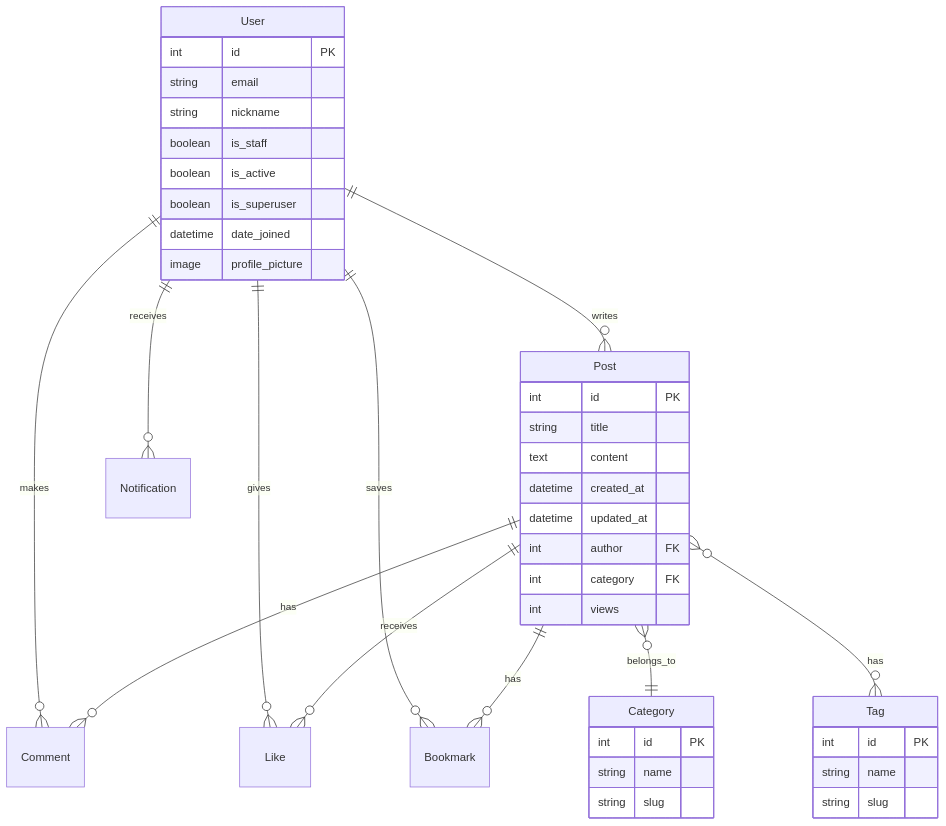
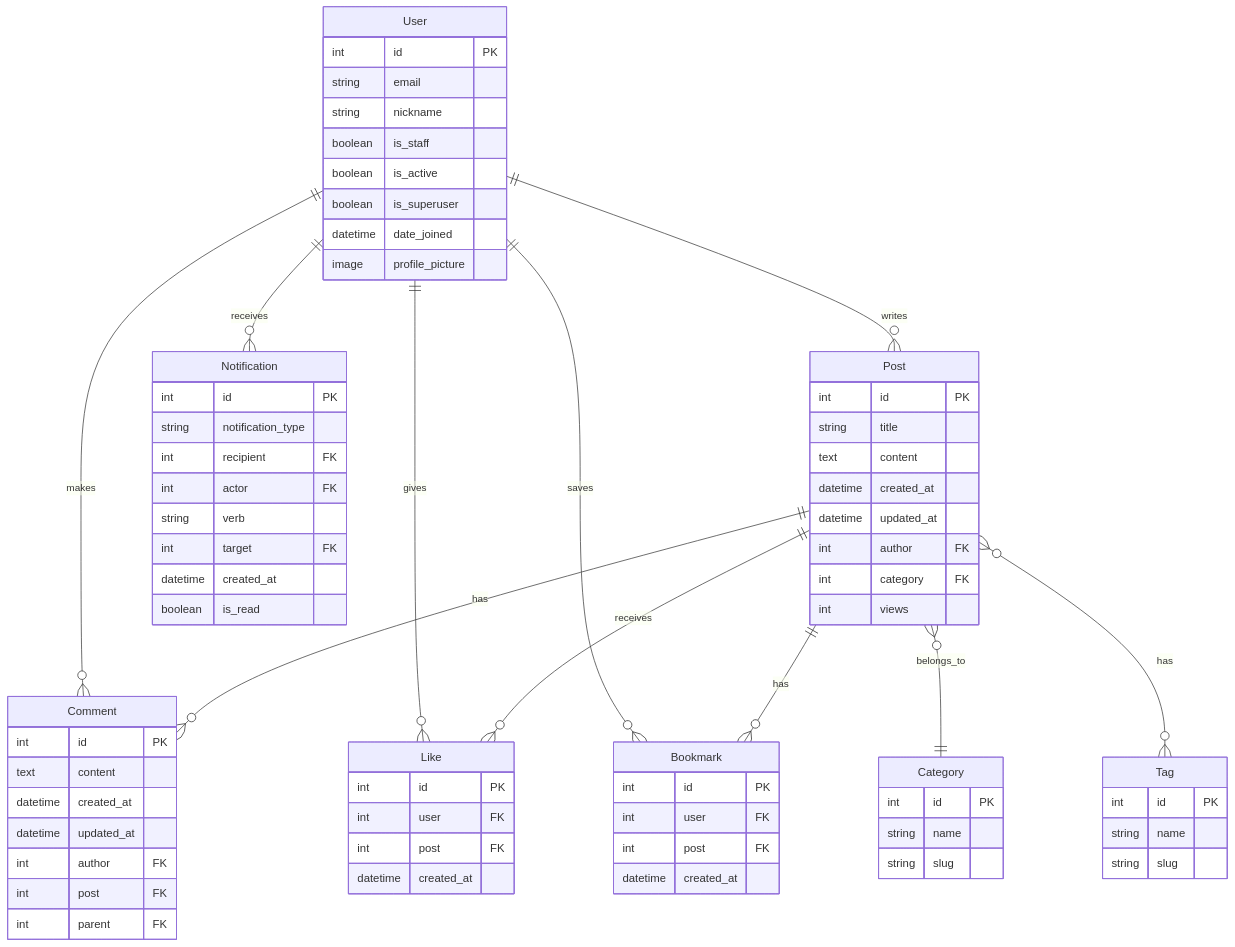
One commit to Yoo117/Practice-Repository changed the second of 2 diagrams in README.md. Above: the diagram before and after it, drawn with Mermaid. The commit also changed other lines of this file, not shown here.

Commit message:
README Update

````diff
--- a/README.md
+++ b/README.md
@@ -195,83 +142,83 @@
 ```mermaid
 erDiagram
     User ||--o{ Post : writes
     User ||--o{ Comment : makes
     User ||--o{ Like : gives
     User ||--o{ Bookmark : saves
     User ||--o{ Notification : receives
     Post ||--o{ Comment : has
     Post ||--o{ Like : receives
     Post ||--o{ Bookmark : has
     Post }o--|| Category : belongs_to
     Post }o--o{ Tag : has
 
     User {
         int id PK
         string email
         string nickname
         boolean is_staff
         boolean is_active
         boolean is_superuser
         datetime date_joined
         image profile_picture
     }
 
     Post {
         int id PK
         string title
         text content
         datetime created_at
         datetime updated_at
         int author FK
         int category FK
         int views
     }
 
     Category {
         int id PK
         string name
         string slug
     }
 
-    %% Comment {
-    %%     int id PK
-    %%     text content
-    %%     datetime created_at
-    %%     datetime updated_at
-    %%     int author FK
-    %%     int post FK
-    %%     int parent FK
-    %% }
+    Comment {
+        int id PK
+        text content
+        datetime created_at
+        datetime updated_at
+        int author FK
+        int post FK
+        int parent FK
+    }
 
-    %% Like {
-    %%     int id PK
-    %%     int user FK
-    %%     int post FK
-    %%     datetime created_at
-    %% }
+    Like {
+        int id PK
+        int user FK
+        int post FK
+        datetime created_at
+    }
 
-    %% Bookmark {
-    %%     int id PK
-    %%     int user FK
-    %%     int post FK
-    %%     datetime created_at
-    %% }
+    Bookmark {
+        int id PK
+        int user FK
+        int post FK
+        datetime created_at
+    }
 
-    %% Notification {
-    %%     int id PK
-    %%     string notification_type
-    %%     int recipient FK
-    %%     int actor FK
-    %%     string verb
-    %%     int target FK
-    %%     datetime created_at
-    %%     boolean is_read
-    %% }
+    Notification {
+        int id PK
+        string notification_type
+        int recipient FK
+        int actor FK
+        string verb
+        int target FK
+        datetime created_at
+        boolean is_read
+    }
 
     Tag {
         int id PK
         string name
         string slug
     }
 
 ```
````
